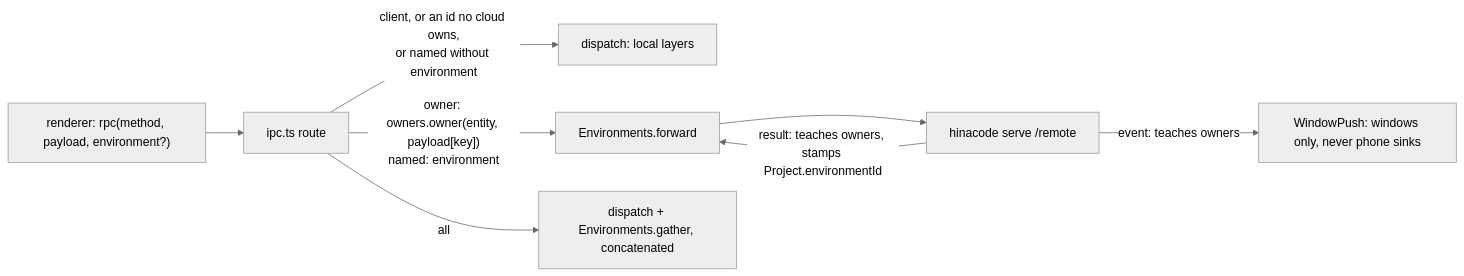
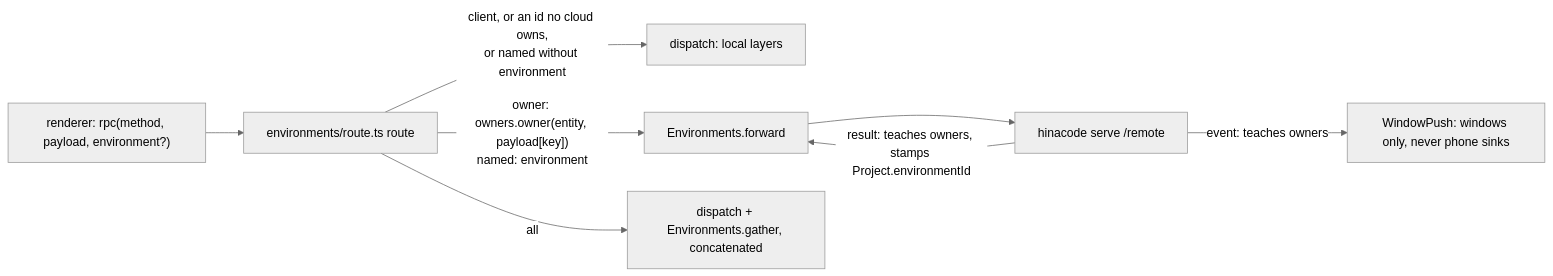
One commit to hinadev-ai/hinacode changed the third of 17 diagrams in docs/arch.md. Above: the diagram before and after it, drawn with Mermaid (neutral theme). The commit also changed other lines of this file and 13 other files, not shown here.

````diff
--- a/docs/arch.md
+++ b/docs/arch.md
@@ -85,10 +85,10 @@
 ```mermaid
 flowchart LR
-  renderer["renderer: rpc(method, payload, environment?)"] --> route["ipc.ts route"]
+  renderer["renderer: rpc(method, payload, environment?)"] --> route["environments/route.ts route"]
   route -- "client, or an id no cloud owns,<br/>or named without environment" --> dispatch["dispatch: local layers"]
   route -- "owner: owners.owner(entity, payload[key])<br/>named: environment" --> forward["Environments.forward"]
   route -- "all" --> both["dispatch + Environments.gather, concatenated"]
   forward --> cloud["hinacode serve /remote"]
   cloud -- "result: teaches owners, stamps Project.environmentId" --> forward
   cloud -- "event: teaches owners" --> windows["WindowPush: windows only, never phone sinks"]
 ```
````
